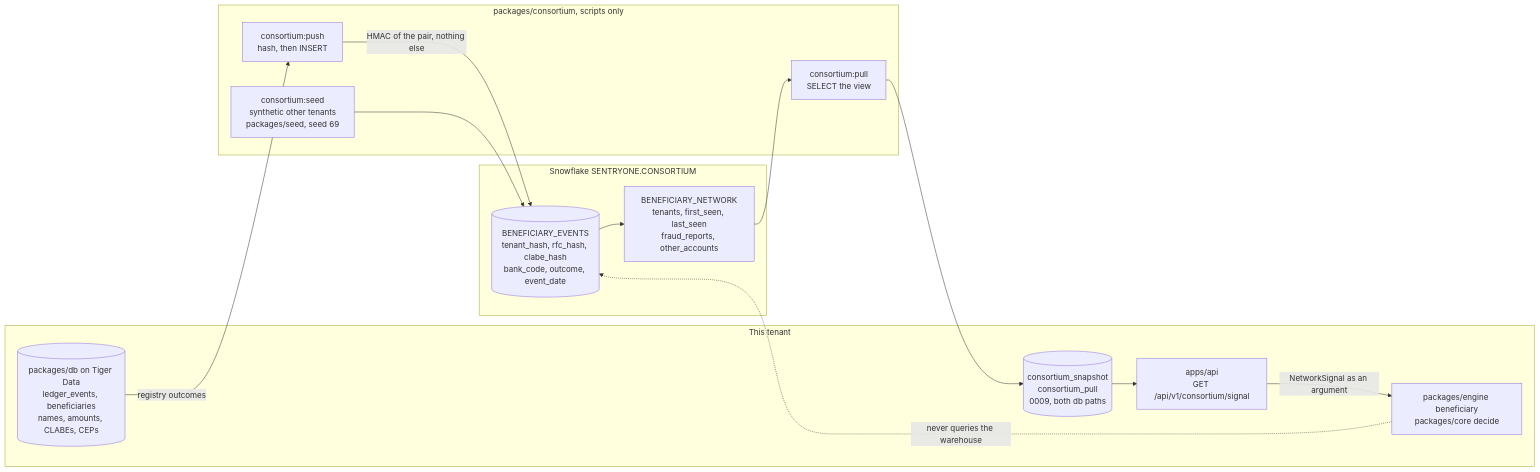
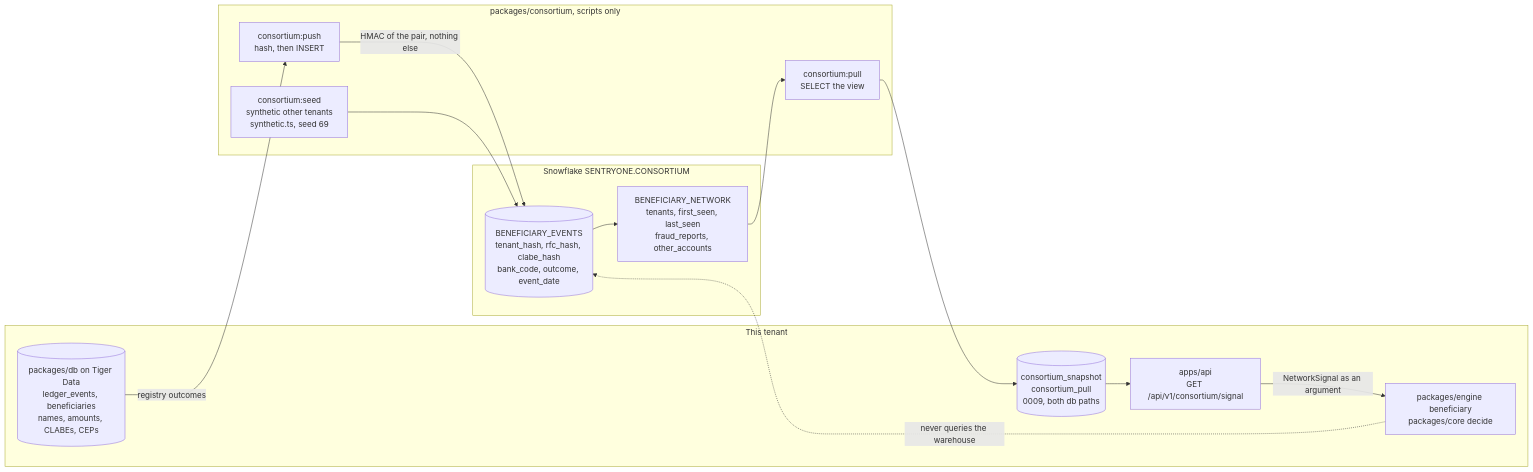
Before and after one commit to garzario/CapitalOneHackMTY: the fourth of 4 diagrams in docs/07-architecture.md, drawn with Mermaid. The commit also changed other lines of this file and 13 other files, not shown here.

````diff
--- a/docs/07-architecture.md
+++ b/docs/07-architecture.md
@@ -237,30 +237,30 @@
 ```mermaid
 flowchart LR
   subgraph T[This tenant]
     DB[("packages/db on Tiger Data<br/>ledger_events, beneficiaries<br/>names, amounts, CLABEs, CEPs")]
     SNAP[("consortium_snapshot<br/>consortium_pull<br/>0009, both db paths")]
     API["apps/api<br/>GET /api/v1/consortium/signal"]
     ENG["packages/engine beneficiary<br/>packages/core decide"]
   end
 
   subgraph C[packages/consortium, scripts only]
     PUSH["consortium:push<br/>hash, then INSERT"]
     PULL["consortium:pull<br/>SELECT the view"]
-    SEEDN["consortium:seed<br/>synthetic other tenants<br/>packages/seed, seed 69"]
+    SEEDN["consortium:seed<br/>synthetic other tenants<br/>synthetic.ts, seed 69"]
   end
 
   subgraph S[Snowflake SENTRYONE.CONSORTIUM]
     EV[("BENEFICIARY_EVENTS<br/>tenant_hash, rfc_hash, clabe_hash<br/>bank_code, outcome, event_date")]
     VIEW["BENEFICIARY_NETWORK<br/>tenants, first_seen, last_seen<br/>fraud_reports, other_accounts"]
   end
 
   DB -- registry outcomes --> PUSH
   PUSH -- HMAC of the pair, nothing else --> EV
   SEEDN --> EV
   EV --> VIEW
   VIEW --> PULL
   PULL --> SNAP
   SNAP --> API
   API -- NetworkSignal as an argument --> ENG
   ENG -. never queries the warehouse .-> EV
 ```
````
